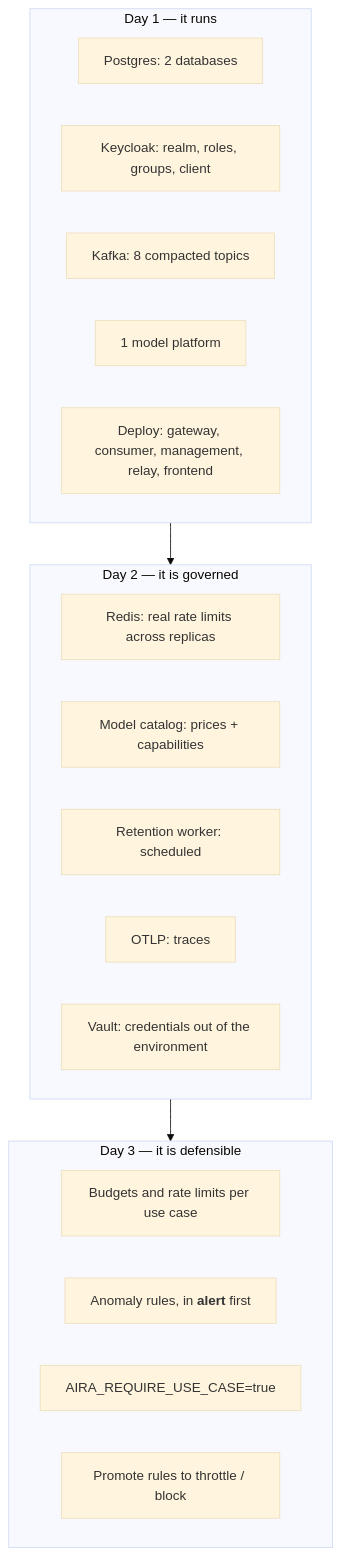
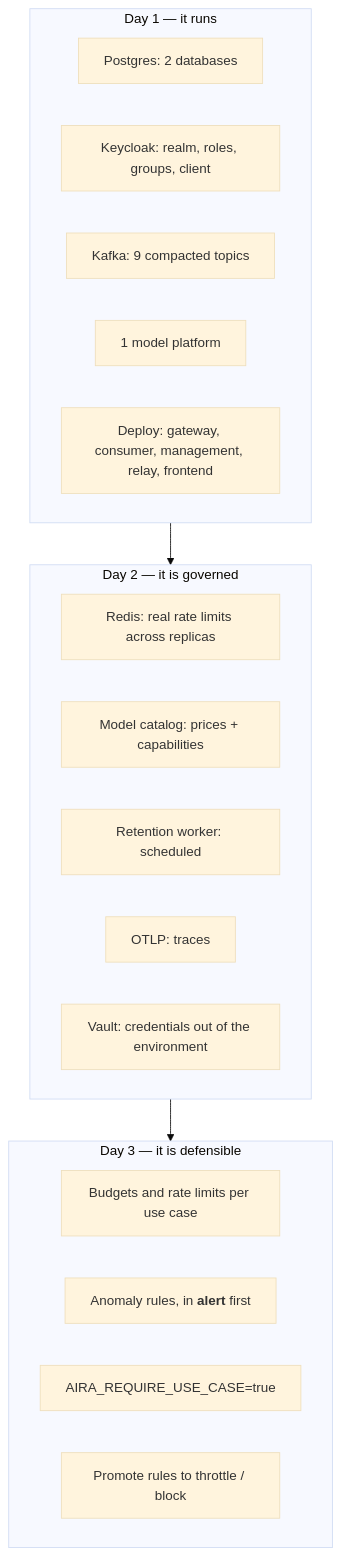
The second of 2 diagrams in docs/INTEGRATIONS.md (InigoImago/AIRA-Gateway), drawn with Mermaid (base theme) before and after one commit. The commit also changed other lines of this file and 743 other files, not shown here.

````diff
--- a/docs/INTEGRATIONS.md
+++ b/docs/INTEGRATIONS.md
@@ -1362,24 +1394,24 @@
 ```mermaid
 graph TB
     subgraph day1["Day 1 — it runs"]
         a1["Postgres: 2 databases"]
         a2["Keycloak: realm, roles, groups, client"]
-        a3["Kafka: 8 compacted topics"]
+        a3["Kafka: 9 compacted topics"]
         a4["1 model platform"]
         a5["Deploy: gateway, consumer, management, relay, frontend"]
     end
     subgraph day2["Day 2 — it is governed"]
         b1["Redis: real rate limits across replicas"]
         b2["Model catalog: prices + capabilities"]
         b3["Retention worker: scheduled"]
         b4["OTLP: traces"]
         b5["Vault: credentials out of the environment"]
     end
     subgraph day3["Day 3 — it is defensible"]
         c1["Budgets and rate limits per use case"]
         c2["Anomaly rules, in <b>alert</b> first"]
         c3["AIRA_REQUIRE_USE_CASE=true"]
         c4["Promote rules to throttle / block"]
     end
     day1 --> day2 --> day3
 ```
````
